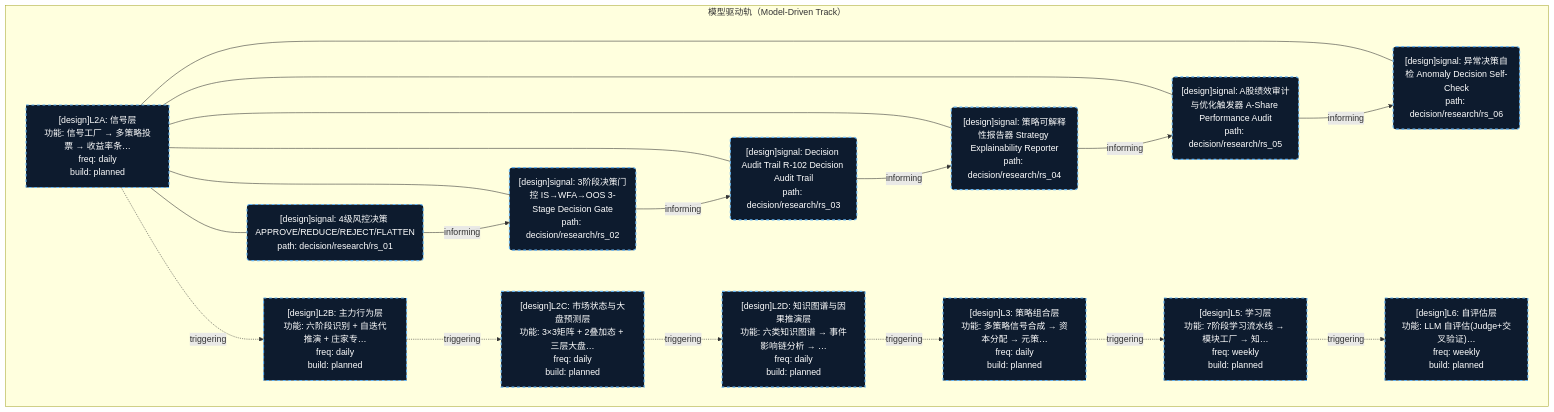
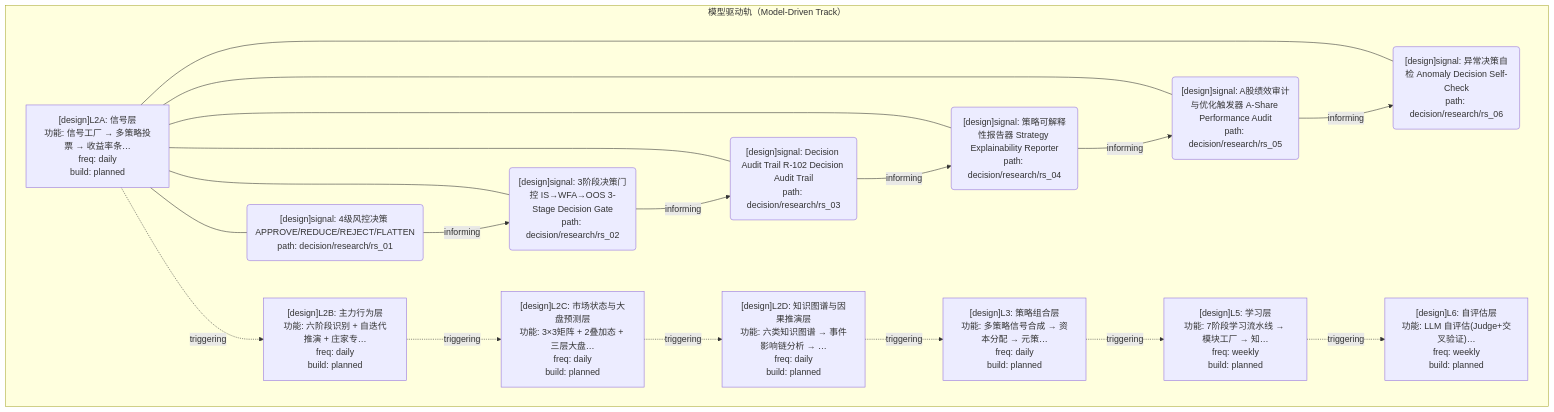
The first of 2 diagrams in docs/02_enterprise_architecture/06_decision_architecture/09_decision_l2a_research.md (xuanFelixVan/ZephyrAlpha), drawn with Mermaid before and after one commit. The commit also changed other lines of this file and 23 other files, not shown here.

First line of the commit message:
style(decision-diagram): 移除所有 mermaid classDef，照搬 application_flows.md 纯默认主题

````diff
--- a/docs/02_enterprise_architecture/06_decision_architecture/09_decision_l2a_research.md
+++ b/docs/02_enterprise_architecture/06_decision_architecture/09_decision_l2a_research.md
@@ -21,41 +21,35 @@
 ```mermaid
 flowchart TD
     subgraph track_model_driven["模型驱动轨（Model-Driven Track）"]
-        LL2A["[design]L2A: 信号层<br/>功能: 信号工厂 → 多策略投票 → 收益率条…<br/>freq: daily<br/>build: planned"]:::bsPlanned
-        N204("[design]signal: 4级风控决策 APPROVE/REDUCE/REJECT/FLATTEN<br/>path: decision/research/rs_01"):::bsPlanned
+        LL2A["[design]L2A: 信号层<br/>功能: 信号工厂 → 多策略投票 → 收益率条…<br/>freq: daily<br/>build: planned"]
+        N204("[design]signal: 4级风控决策 APPROVE/REDUCE/REJECT/FLATTEN<br/>path: decision/research/rs_01")
         LL2A --- N204
-        N205("[design]signal: 3阶段决策门控 IS→WFA→OOS 3-Stage Decision Gate<br/>path: decision/research/rs_02"):::bsPlanned
+        N205("[design]signal: 3阶段决策门控 IS→WFA→OOS 3-Stage Decision Gate<br/>path: decision/research/rs_02")
         LL2A --- N205
-        N206("[design]signal: Decision Audit Trail R-102 Decision Audit Trail<br/>path: decision/research/rs_03"):::bsPlanned
+        N206("[design]signal: Decision Audit Trail R-102 Decision Audit Trail<br/>path: decision/research/rs_03")
         LL2A --- N206
-        N211("[design]signal: 策略可解释性报告器 Strategy Explainability Reporter<br/>path: decision/research/rs_04"):::bsPlanned
+        N211("[design]signal: 策略可解释性报告器 Strategy Explainability Reporter<br/>path: decision/research/rs_04")
         LL2A --- N211
-        N212("[design]signal: A股绩效审计与优化触发器 A-Share Performance Audit<br/>path: decision/research/rs_05"):::bsPlanned
+        N212("[design]signal: A股绩效审计与优化触发器 A-Share Performance Audit<br/>path: decision/research/rs_05")
         LL2A --- N212
-        N213("[design]signal: 异常决策自检 Anomaly Decision Self-Check<br/>path: decision/research/rs_06"):::bsPlanned
+        N213("[design]signal: 异常决策自检 Anomaly Decision Self-Check<br/>path: decision/research/rs_06")
         LL2A --- N213
-        LL2B["[design]L2B: 主力行为层<br/>功能: 六阶段识别 + 自迭代推演 + 庄家专…<br/>freq: daily<br/>build: planned"]:::bsPlanned
-        LL2C["[design]L2C: 市场状态与大盘预测层<br/>功能: 3×3矩阵 + 2叠加态 + 三层大盘…<br/>freq: daily<br/>build: planned"]:::bsPlanned
-        LL2D["[design]L2D: 知识图谱与因果推演层<br/>功能: 六类知识图谱 → 事件影响链分析 → …<br/>freq: daily<br/>build: planned"]:::bsPlanned
-        LL3["[design]L3: 策略组合层<br/>功能: 多策略信号合成 → 资本分配 → 元策…<br/>freq: daily<br/>build: planned"]:::bsPlanned
-        LL5["[design]L5: 学习层<br/>功能: 7阶段学习流水线 → 模块工厂 → 知…<br/>freq: weekly<br/>build: planned"]:::bsPlanned
-        LL6["[design]L6: 自评估层<br/>功能: LLM 自评估(Judge+交叉验证)…<br/>freq: weekly<br/>build: planned"]:::bsPlanned
+        LL2B["[design]L2B: 主力行为层<br/>功能: 六阶段识别 + 自迭代推演 + 庄家专…<br/>freq: daily<br/>build: planned"]
+        LL2C["[design]L2C: 市场状态与大盘预测层<br/>功能: 3×3矩阵 + 2叠加态 + 三层大盘…<br/>freq: daily<br/>build: planned"]
+        LL2D["[design]L2D: 知识图谱与因果推演层<br/>功能: 六类知识图谱 → 事件影响链分析 → …<br/>freq: daily<br/>build: planned"]
+        LL3["[design]L3: 策略组合层<br/>功能: 多策略信号合成 → 资本分配 → 元策…<br/>freq: daily<br/>build: planned"]
+        LL5["[design]L5: 学习层<br/>功能: 7阶段学习流水线 → 模块工厂 → 知…<br/>freq: weekly<br/>build: planned"]
+        LL6["[design]L6: 自评估层<br/>功能: LLM 自评估(Judge+交叉验证)…<br/>freq: weekly<br/>build: planned"]
     end
     LL2A -.->|triggering| LL2B
     LL2B -.->|triggering| LL2C
     LL2C -.->|triggering| LL2D
     LL2D -.->|triggering| LL3
     LL3 -.->|triggering| LL5
     LL5 -.->|triggering| LL6
     N204 -->|informing| N205
     N205 -->|informing| N206
     N206 -->|informing| N211
     N211 -->|informing| N212
     N212 -->|informing| N213
-
-    classDef bsStable fill:#1b2e1b,stroke:#4caf50,stroke-width:2px,color:#fff
-    classDef bsGenerated fill:#2e2a0d,stroke:#ffd54f,stroke-width:2px,color:#fff
-    classDef bsTesting fill:#2e1d0d,stroke:#ff8a65,stroke-width:2px,color:#fff
-    classDef bsPlanned fill:#0d1b2e,stroke:#64b5f6,stroke-width:2px,color:#fff,stroke-dasharray: 5 5
-    classDef bsDeprecated fill:#2e0d0d,stroke:#e57373,stroke-width:2px,color:#fff,stroke-dasharray: 5 5
 ```
````
